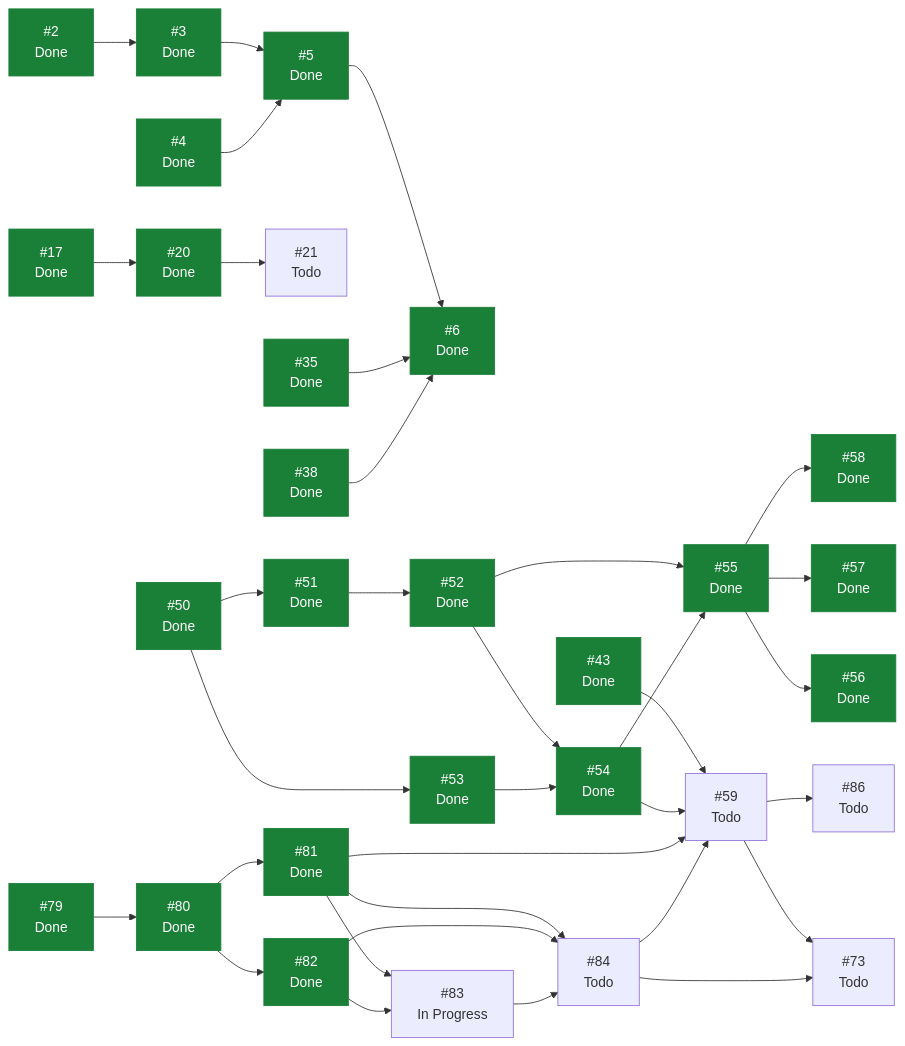
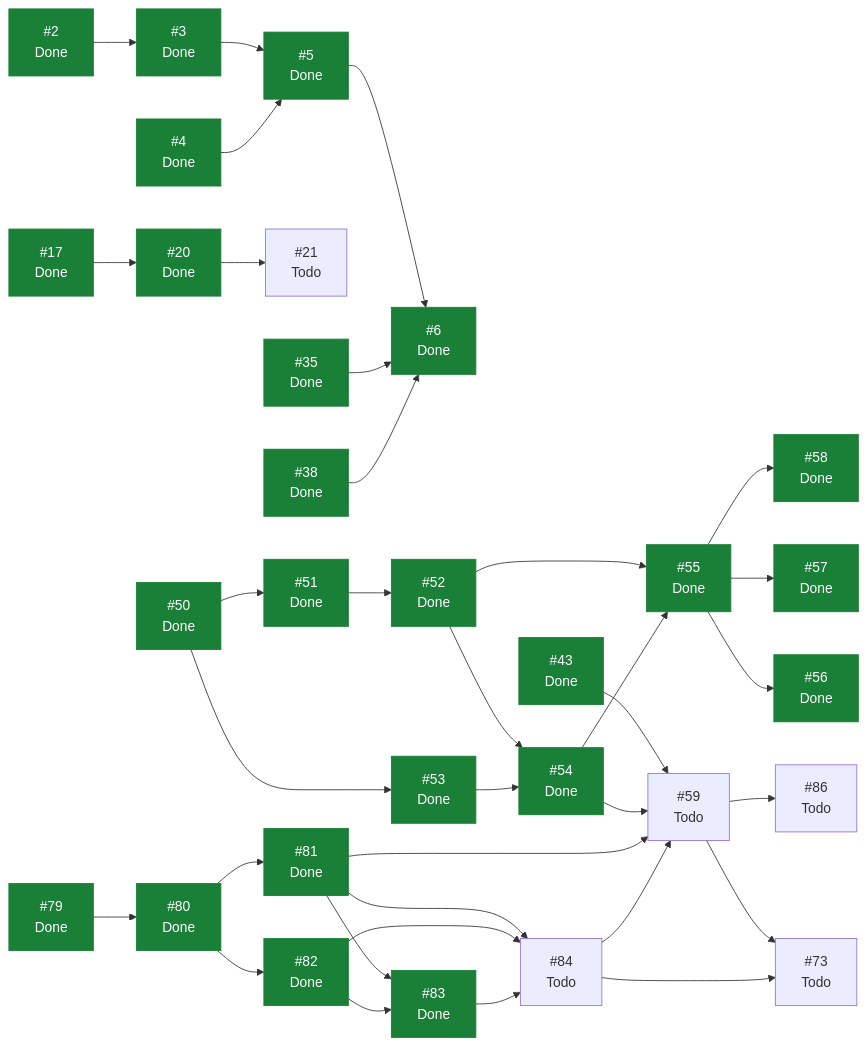
One commit to ecamp0s/evault changed the diagram in docs/planning/STATUS.md. Above: the diagram before and after it, drawn with Mermaid. The commit also changed other lines of this file, not shown here.

````diff
--- a/docs/planning/STATUS.md
+++ b/docs/planning/STATUS.md
@@ -100,67 +102,67 @@
 ```mermaid
 graph LR
   I2["#2<br/>Done"]
   I3["#3<br/>Done"]
   I4["#4<br/>Done"]
   I5["#5<br/>Done"]
   I6["#6<br/>Done"]
   I17["#17<br/>Done"]
   I20["#20<br/>Done"]
   I21["#21<br/>Todo"]
   I35["#35<br/>Done"]
   I38["#38<br/>Done"]
   I43["#43<br/>Done"]
   I50["#50<br/>Done"]
   I51["#51<br/>Done"]
   I52["#52<br/>Done"]
   I53["#53<br/>Done"]
   I54["#54<br/>Done"]
   I55["#55<br/>Done"]
   I56["#56<br/>Done"]
   I57["#57<br/>Done"]
   I58["#58<br/>Done"]
   I59["#59<br/>Todo"]
   I73["#73<br/>Todo"]
   I79["#79<br/>Done"]
   I80["#80<br/>Done"]
   I81["#81<br/>Done"]
   I82["#82<br/>Done"]
-  I83["#83<br/>In Progress"]
+  I83["#83<br/>Done"]
   I84["#84<br/>Todo"]
   I86["#86<br/>Todo"]
   I2 --> I3
   I3 --> I5
   I4 --> I5
   I5 --> I6
   I17 --> I20
   I20 --> I21
   I35 --> I6
   I38 --> I6
   I43 --> I59
   I50 --> I51
   I50 --> I53
   I51 --> I52
   I52 --> I54
   I52 --> I55
   I53 --> I54
   I54 --> I55
   I54 --> I59
   I55 --> I56
   I55 --> I57
   I55 --> I58
   I59 --> I73
   I59 --> I86
   I79 --> I80
   I80 --> I81
   I80 --> I82
   I81 --> I59
   I81 --> I83
   I81 --> I84
   I82 --> I83
   I82 --> I84
   I83 --> I84
   I84 --> I59
   I84 --> I73
   classDef hecho fill:#1a7f37,stroke:#1a7f37,color:#fff;
-  class I2,I3,I4,I5,I6,I17,I20,I35,I38,I43,I50,I51,I52,I53,I54,I55,I56,I57,I58,I79,I80,I81,I82 hecho;
+  class I2,I3,I4,I5,I6,I17,I20,I35,I38,I43,I50,I51,I52,I53,I54,I55,I56,I57,I58,I79,I80,I81,I82,I83 hecho;
 ```
````
